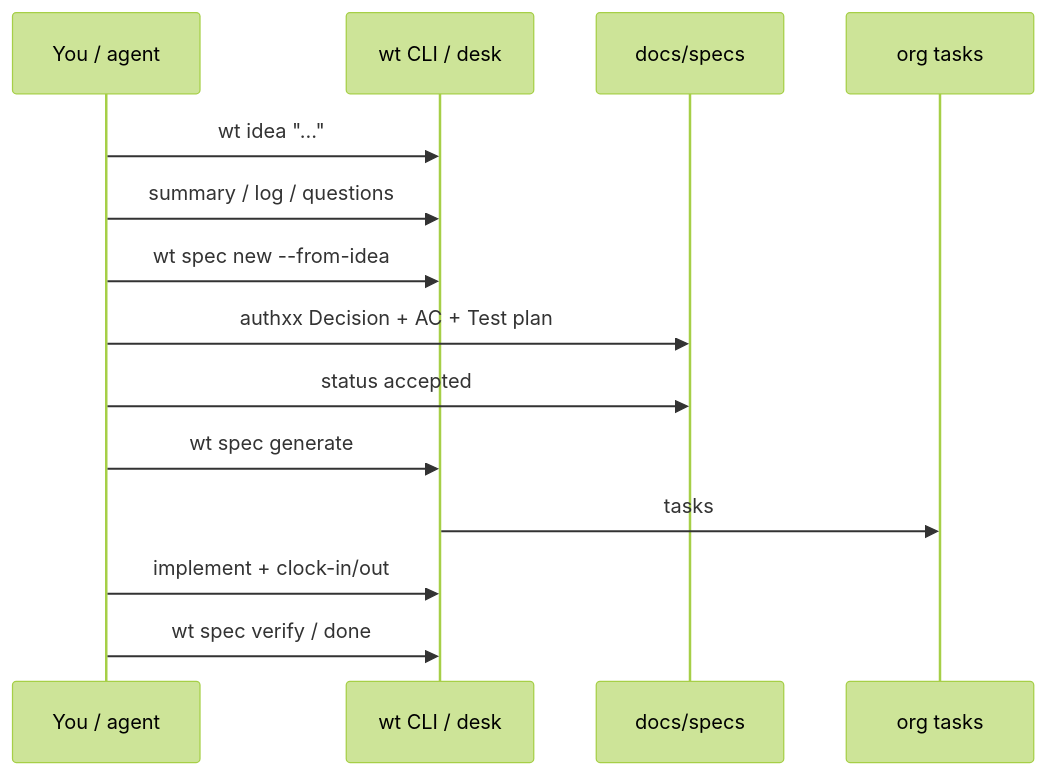
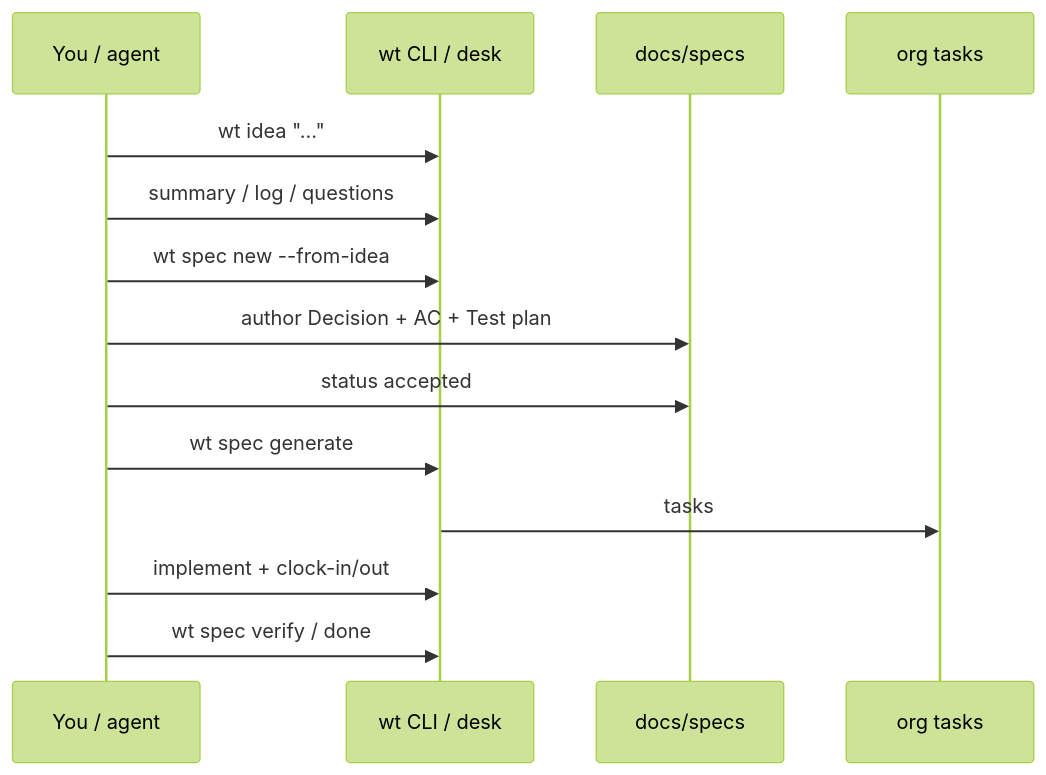
Before and after one commit to brunosmmm/wt: the second of 4 diagrams in docs/product/concepts/workflows.md, drawn with Mermaid (forest theme). The commit also changed other lines of this file and 15 other files, not shown here.

````diff
--- a/docs/product/concepts/workflows.md
+++ b/docs/product/concepts/workflows.md
@@ -29,16 +29,16 @@
 ```mermaid
 sequenceDiagram
   participant U as You / agent
   participant CLI as wt CLI / desk
   participant Spec as docs/specs
   participant Org as org tasks
   U->>CLI: wt idea "…"
   U->>CLI: summary / log / questions
   U->>CLI: wt spec new --from-idea
-  U->>Spec: authxx Decision + AC + Test plan
+  U->>Spec: author Decision + AC + Test plan
   U->>Spec: status accepted
   U->>CLI: wt spec generate
   CLI->>Org: tasks
   U->>CLI: implement + clock-in/out
   U->>CLI: wt spec verify / done
 ```
````
